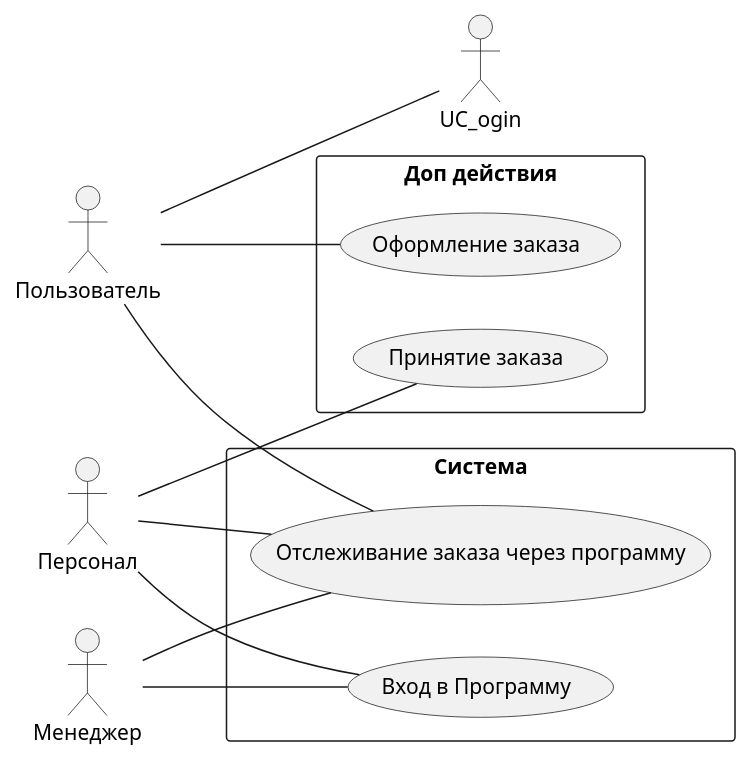
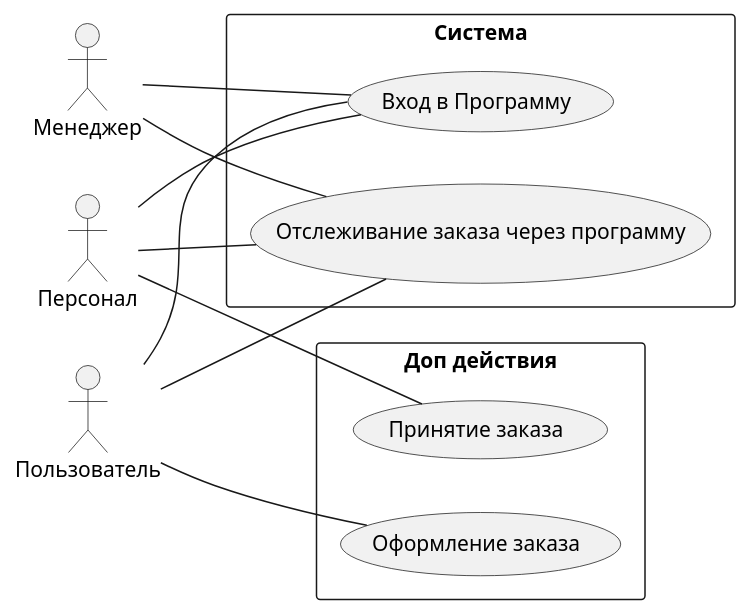
One commit to ilya-kantov/Labproject changed the diagram in .plantuml. Above: the diagram before and after it, drawn with PlantUML. The commit also changed 4 other files, not shown here.

```diff
--- a/.plantuml
+++ b/.plantuml
@@ -1,24 +1,24 @@
 @startuml
 left to right direction
 skinparam packageStyle rectangle
 actor "Пользователь" as User
 package "Система" {
 usecase "Вход в Программу" as UC_Login
 usecase "Отслеживание заказа через программу" as UC_see
 
 }
 package "Доп действия"{
 usecase "Оформление заказа" as UC_zakaz
 usecase "Принятие заказа" as UC_prinyatie
 }
-User -- UC_ogin
+User -- UC_Login
 User -- UC_zakaz
 User -- UC_see
 actor "Менеджер" as manager
 manager --  UC_Login
 manager -- UC_see
 actor "Персонал" as personal
 personal -- UC_prinyatie
 personal -- UC_see
 personal -- UC_Login
 @enduml
```
